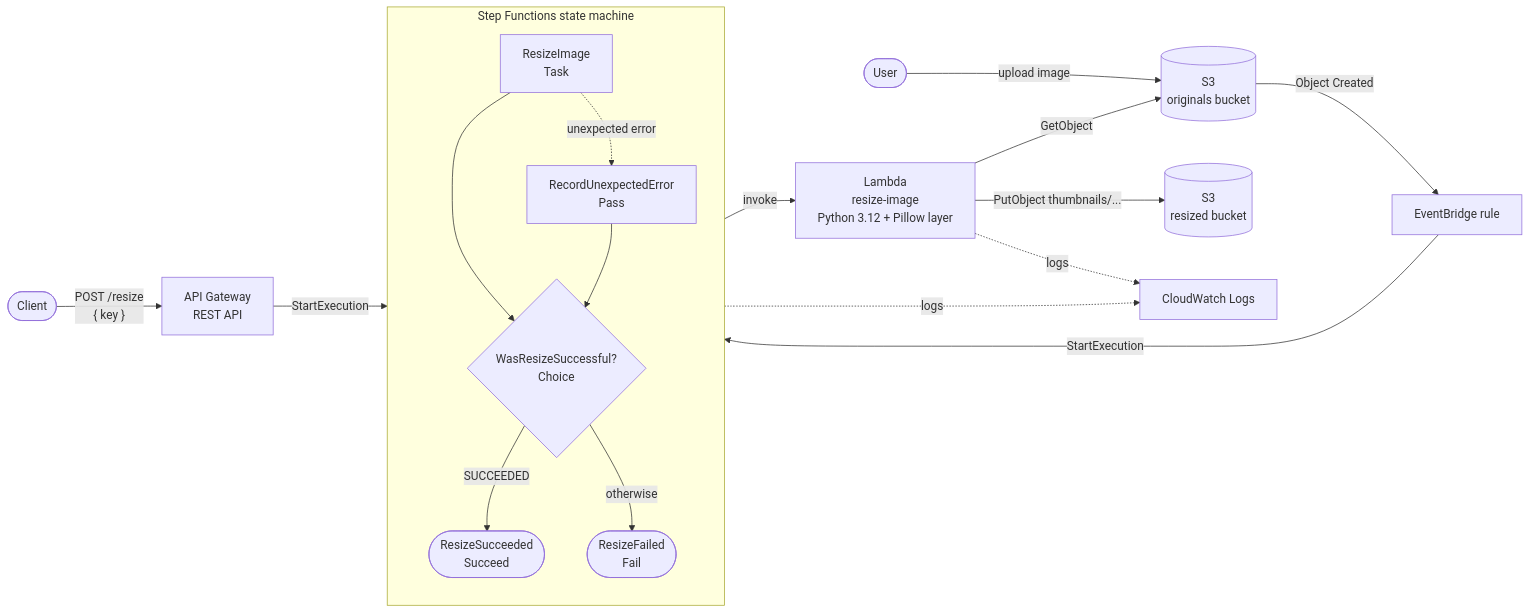
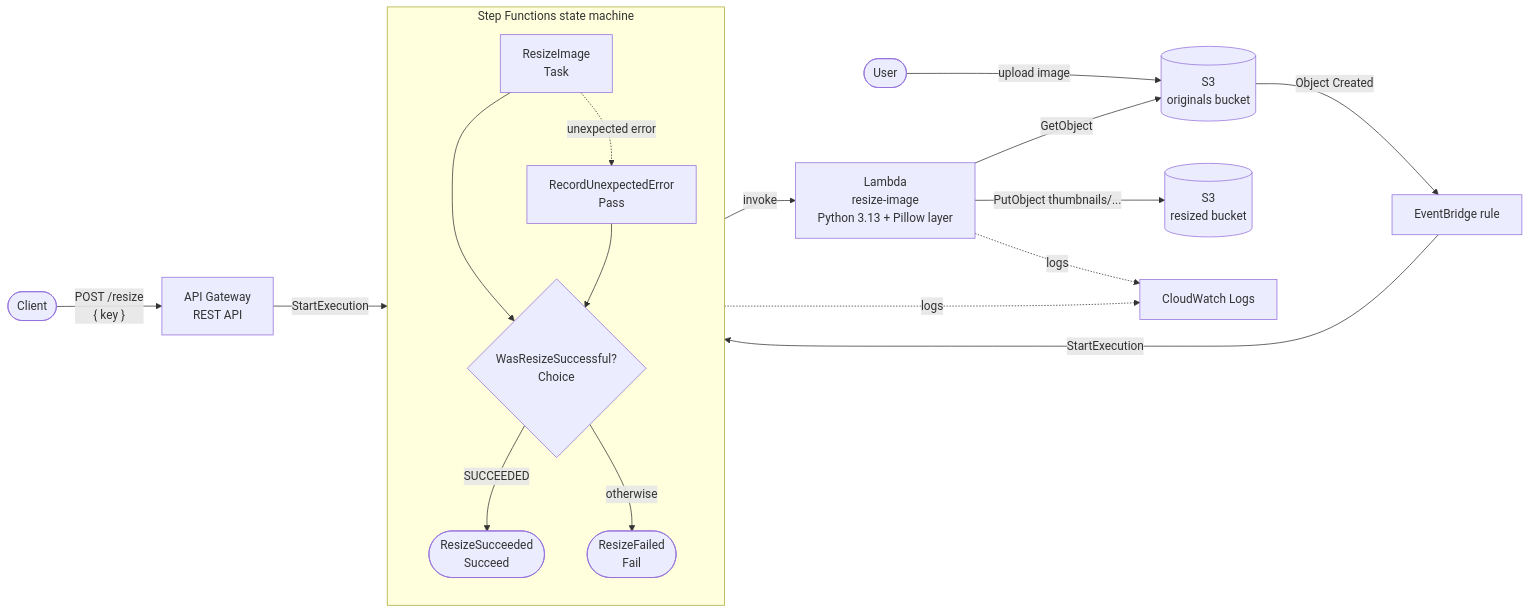
Before and after one commit to hossain8078/serverless-image-processing-pipeline: the diagram in README.md, drawn with Mermaid. The commit also changed other lines of this file and 8 other files, not shown here.

````diff
--- a/README.md
+++ b/README.md
@@ -30,22 +31,22 @@
 ```mermaid
 flowchart LR
     Client([Client]) -- "POST /resize<br/>{ key }" --> APIGW[API Gateway<br/>REST API]
     User([User]) -- upload image --> S3O[(S3<br/>originals bucket)]
     S3O -- Object Created --> EB[EventBridge rule]
     APIGW -- StartExecution --> SFN
     EB -- StartExecution --> SFN
 
     subgraph SFN[Step Functions state machine]
         direction TB
         T[ResizeImage<br/>Task] --> C{WasResizeSuccessful?<br/>Choice}
         T -. unexpected error .-> E[RecordUnexpectedError<br/>Pass] --> C
         C -- SUCCEEDED --> OK([ResizeSucceeded<br/>Succeed])
         C -- otherwise --> KO([ResizeFailed<br/>Fail])
     end
 
-    T -- invoke --> L[Lambda<br/>resize-image<br/>Python 3.12 + Pillow layer]
+    T -- invoke --> L[Lambda<br/>resize-image<br/>Python 3.13 + Pillow layer]
     L -- GetObject --> S3O
     L -- PutObject thumbnails/... --> S3R[(S3<br/>resized bucket)]
     L -. logs .-> CW[CloudWatch Logs]
     SFN -. logs .-> CW
 ```
````
